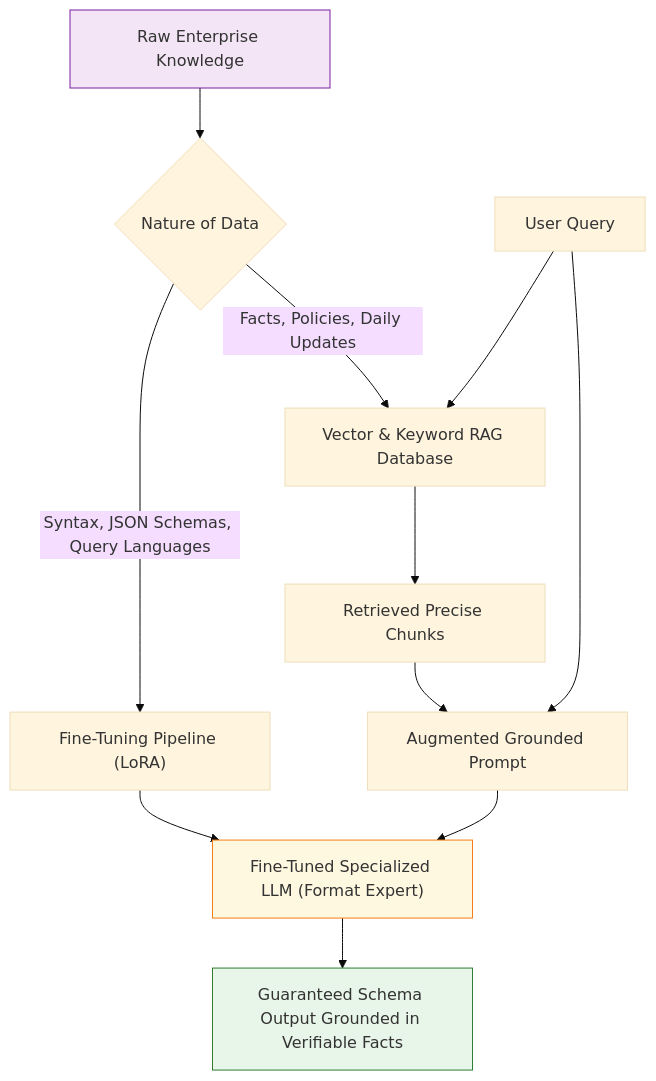
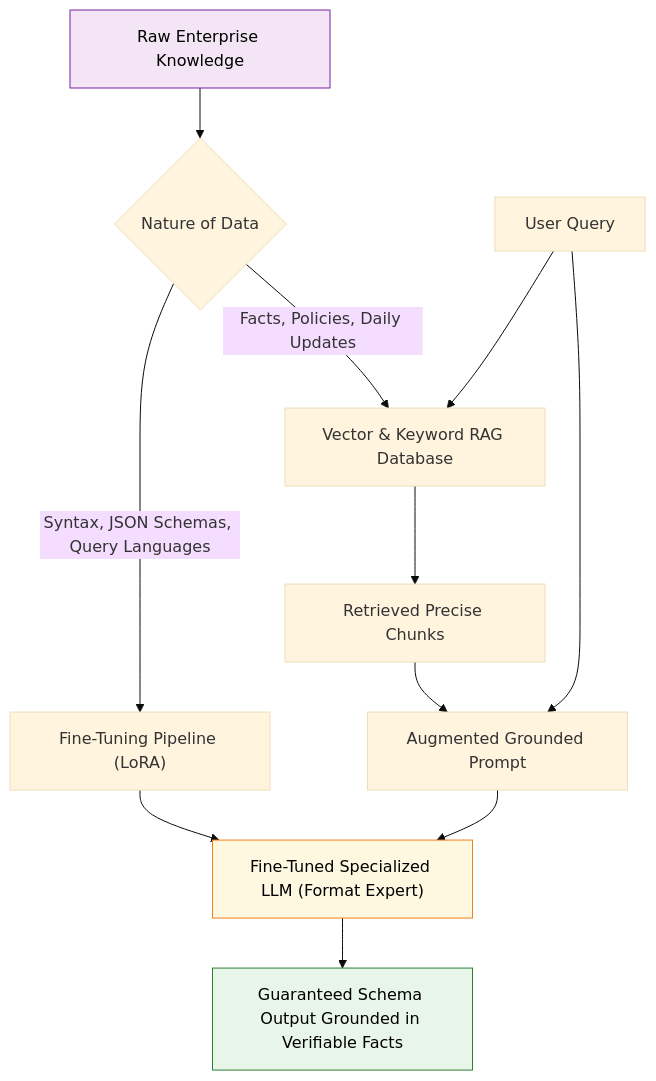
One commit to swapnil3104/RAG-Engineering changed the fourth of 5 diagrams in 00-Introduction-to-RAG/RAG-vs-Fine-Tuning.md. Above: the diagram before and after it, drawn with Mermaid (base theme). The commit also changed other lines of this file and 108 other files, not shown here.

Commit message:
fix: make chart text visible across all Mermaid diagrams and resolve markdown table formatting issues

````diff
--- a/00-Introduction-to-RAG/RAG-vs-Fine-Tuning.md
+++ b/00-Introduction-to-RAG/RAG-vs-Fine-Tuning.md
@@ -136,22 +136,22 @@
 ```mermaid
 flowchart TD
     EnterpriseData["Raw Enterprise Knowledge"] --> Split{"Nature of Data"}
     
     Split -->|"Facts, Policies, Daily Updates"| VectorDB["Vector & Keyword RAG Database"]
     Split -->|"Syntax, JSON Schemas, Query Languages"| SFT["Fine-Tuning Pipeline (LoRA)"]
     
     SFT --> SpecializedLLM["Fine-Tuned Specialized LLM (Format Expert)"]
     
     UserQuery["User Query"] --> VectorDB
     VectorDB --> RetrievedPassages["Retrieved Precise Chunks"]
     
     RetrievedPassages --> Prompt["Augmented Grounded Prompt"]
     UserQuery --> Prompt
     
     Prompt --> SpecializedLLM
     SpecializedLLM --> FinalOutput["Guaranteed Schema Output Grounded in Verifiable Facts"]
 
-    style EnterpriseData fill:#f3e5f5,stroke:#7b1fa2
-    style SpecializedLLM fill:#fff8e1,stroke:#f57f17
-    style FinalOutput fill:#e8f5e9,stroke:#2e7d32
+    style EnterpriseData fill:#f3e5f5,stroke:#7b1fa2,color:#000000
+    style SpecializedLLM fill:#fff8e1,stroke:#f57f17,color:#000000
+    style FinalOutput fill:#e8f5e9,stroke:#2e7d32,color:#000000
 ```
````
